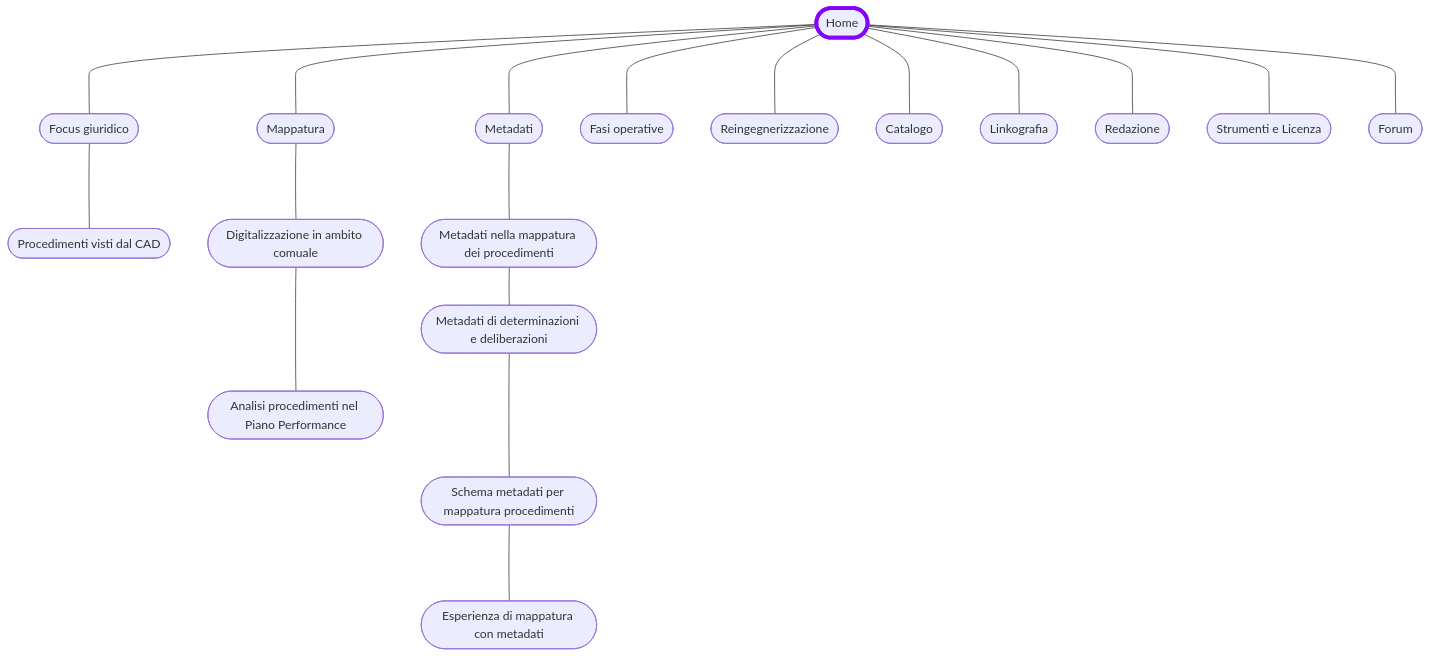
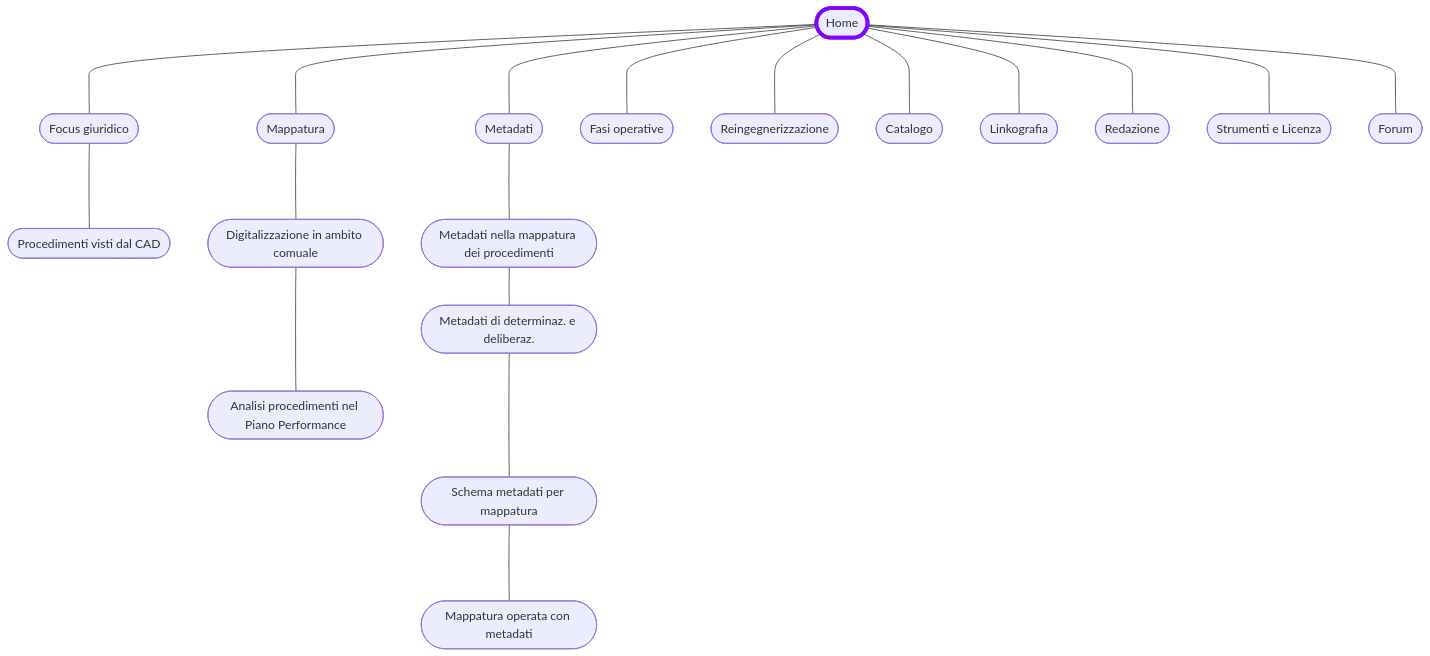
One commit to UO-TransizioneDigitaleComunePalermo/mappatura-procedimenti-amministrativi changed the second of 2 diagrams in docs/index.md. Above: the diagram before and after it, drawn with Mermaid.

````diff
--- a/docs/index.md
+++ b/docs/index.md
@@ -48,40 +48,40 @@
 ``` mermaid
 graph TB
 A([Home])
 A ---- B([Focus giuridico]);
 A ---- C([Mappatura]);
 A ---- D([Metadati]);
 A ---- E([Fasi operative]);
 A ---- M([Reingegnerizzazione])
 A ---- F([Catalogo]);
 A ---- G([Linkografia]);
 A ---- H([Redazione]);
 A ---- I([Strumenti e Licenza]);
 A ---- L([Forum]);
 B ---- B1([Procedimenti visti dal CAD]);
 C ---- C1([Digitalizzazione in ambito comuale]);
 C1 ---- C2([Analisi procedimenti nel Piano Performance]);
 D ---- D1([Metadati nella mappatura dei procedimenti]);
-D1 --- D2([Metadati di determinazioni e deliberazioni]);
-D2 ---- D3([Schema metadati per mappatura procedimenti]);
-D3 ---- D4([Esperienza di mappatura con metadati]);
+D1 --- D2([Metadati di determinaz. e deliberaz.]);
+D2 ---- D3([Schema metadati per mappatura]);
+D3 ---- D4([Mappatura operata con metadati]);
 click A "https://uo-transizionedigitalecomunepalermo.github.io/mappatura-procedimenti-amministrativi/" _blank
 click B "https://uo-transizionedigitalecomunepalermo.github.io/mappatura-procedimenti-amministrativi/contenuti/focus-giuridico/" _blank
 click B1 "https://uo-transizionedigitalecomunepalermo.github.io/mappatura-procedimenti-amministrativi/contenuti/cad/" _blank
 click C "https://uo-transizionedigitalecomunepalermo.github.io/mappatura-procedimenti-amministrativi/contenuti/digitalizzazione-ambito-comunale/" _blank
 click C1 "https://uo-transizionedigitalecomunepalermo.github.io/mappatura-procedimenti-amministrativi/contenuti/digitalizzazione-ambito-comunale/" _blank
 click C2 "https://uo-transizionedigitalecomunepalermo.github.io/mappatura-procedimenti-amministrativi/contenuti/esperienza-analisi/" _blank
 click D "https://uo-transizionedigitalecomunepalermo.github.io/mappatura-procedimenti-amministrativi/contenuti/metadati/" _blank
 click D1 "https://uo-transizionedigitalecomunepalermo.github.io/mappatura-procedimenti-amministrativi/contenuti/metadati/" _blank
 click D2 "https://uo-transizionedigitalecomunepalermo.github.io/mappatura-procedimenti-amministrativi/contenuti/metadati-determinazione-deliberazione/" _blank
 click D3 "https://uo-transizionedigitalecomunepalermo.github.io/mappatura-procedimenti-amministrativi/contenuti/schema-metadati/" _blank
 click D4 "https://uo-transizionedigitalecomunepalermo.github.io/mappatura-procedimenti-amministrativi/contenuti/esperienza-metadatazione/" _blank
 click E "https://uo-transizionedigitalecomunepalermo.github.io/mappatura-procedimenti-amministrativi/contenuti/fasi-operative/" _blank
 click F "https://uo-transizionedigitalecomunepalermo.github.io/mappatura-procedimenti-amministrativi/contenuti/catalogo/" _blank
 click G "https://uo-transizionedigitalecomunepalermo.github.io/mappatura-procedimenti-amministrativi/contenuti/linkografia/" _blank
 click H "https://uo-transizionedigitalecomunepalermo.github.io/mappatura-procedimenti-amministrativi/contenuti/redazione/" _blank
 click I "https://uo-transizionedigitalecomunepalermo.github.io/mappatura-procedimenti-amministrativi/contenuti/strumenti/" _blank
 click L "https://github.com/UO-TransizioneDigitaleComunePalermo/mappatura-procedimenti-amministrativi/discussions" _blank
 click M "https://uo-transizionedigitalecomunepalermo.github.io/mappatura-procedimenti-amministrativi/contenuti/reingegnerizzazione/" _blank
 style A stroke:#8403fc,stroke-width:5px  
 ```
````
